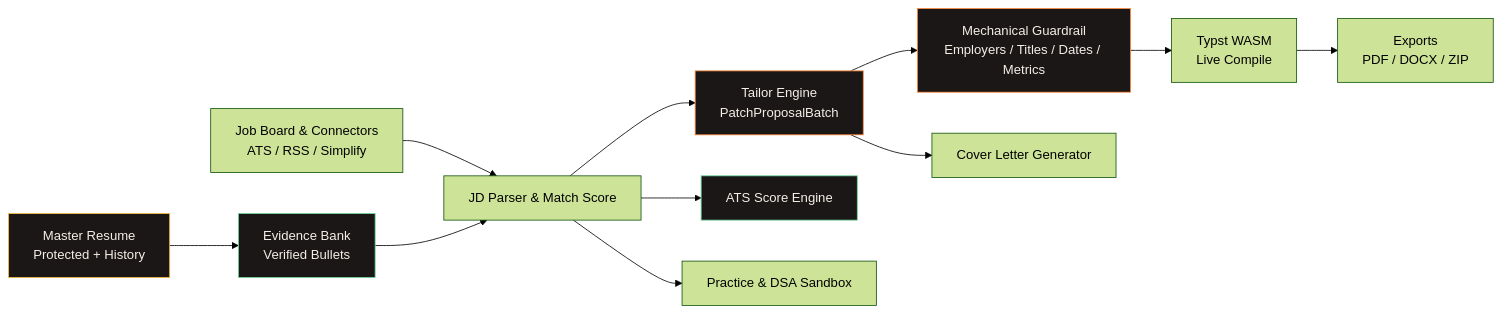
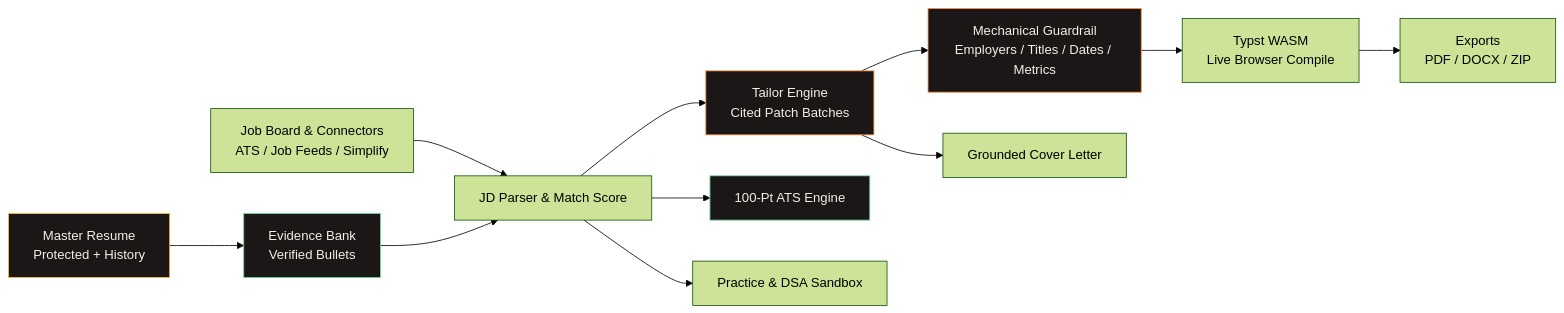
One commit to ZenzerJs/ResumeForge changed the diagram in README.md. Above: the diagram before and after it, drawn with Mermaid (forest theme). The commit also changed other lines of this file and 21 other files, not shown here.

````diff
--- a/README.md
+++ b/README.md
@@ -109,19 +96,19 @@
 ```mermaid
 flowchart LR
     A[Master Resume<br/>Protected + History] --> B[Evidence Bank<br/>Verified Bullets]
-    C[Job Board & Connectors<br/>ATS / RSS / Simplify] --> D[JD Parser & Match Score]
+    C[Job Board & Connectors<br/>ATS / Job Feeds / Simplify] --> D[JD Parser & Match Score]
     B --> D
-    D --> E[Tailor Engine<br/>PatchProposalBatch]
+    D --> E[Tailor Engine<br/>Cited Patch Batches]
     E --> F[Mechanical Guardrail<br/>Employers / Titles / Dates / Metrics]
-    F --> G[Typst WASM<br/>Live Compile]
+    F --> G[Typst WASM<br/>Live Browser Compile]
     G --> H[Exports<br/>PDF / DOCX / ZIP]
-    D --> I[ATS Score Engine]
-    E --> J[Cover Letter Generator]
+    D --> I[100-Pt ATS Engine]
+    E --> J[Grounded Cover Letter]
     D --> K[Practice & DSA Sandbox]
 
     style A fill:#1b1716,stroke:#f7bd3f,color:#f4eee7
     style B fill:#1b1716,stroke:#6bd69a,color:#f4eee7
     style E fill:#1b1716,stroke:#ff8b3d,color:#f4eee7
     style F fill:#1b1716,stroke:#ff8b3d,color:#f4eee7
     style I fill:#1b1716,stroke:#6bd69a,color:#f4eee7
 ```
````
